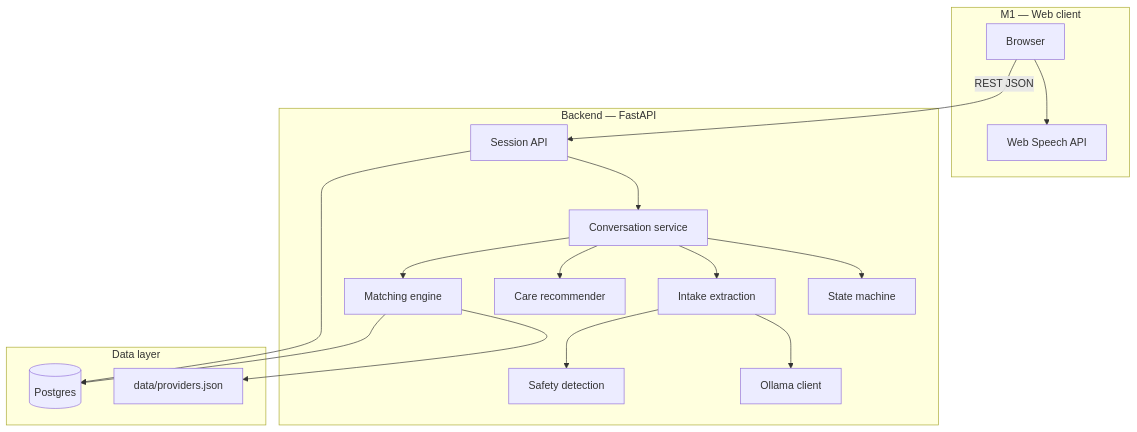
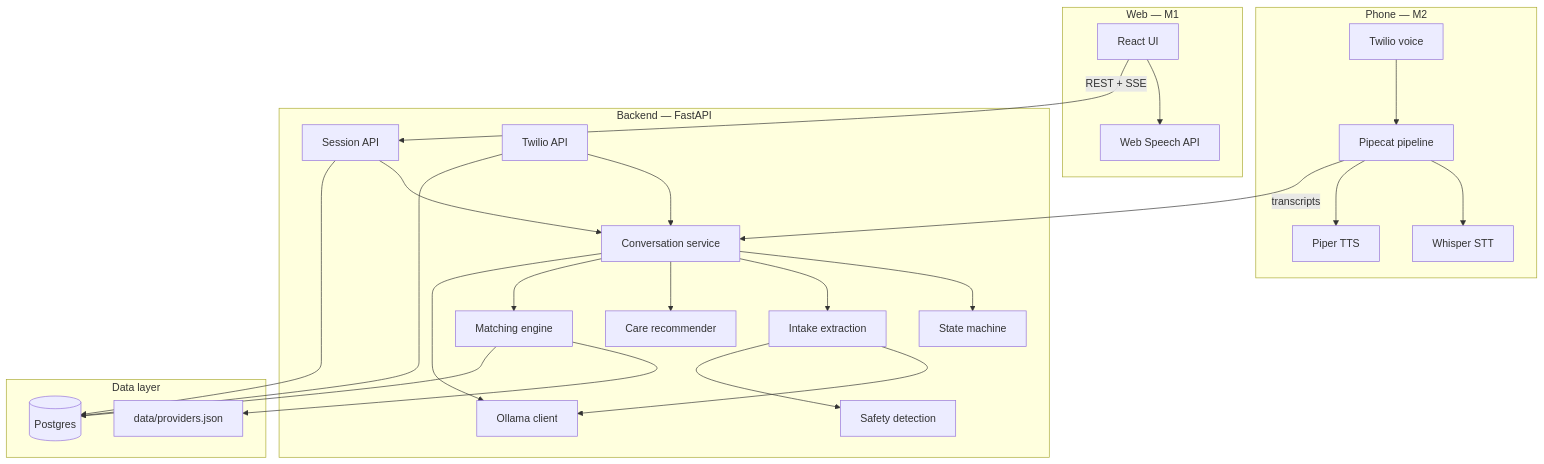
One commit to DouglasMacKrell/florence changed the first of 3 diagrams in docs/architecture.md. Above: the diagram before and after it, drawn with Mermaid. The commit also changed other lines of this file and 11 other files, not shown here.

````diff
--- a/docs/architecture.md
+++ b/docs/architecture.md
@@ -12,37 +12,52 @@
 ```mermaid
 flowchart TB
-    subgraph client [M1 — Web client]
-        Browser[Browser]
+    subgraph web [Web — M1]
+        Browser[React UI]
         WebSpeech[Web Speech API]
         Browser --> WebSpeech
     end
 
+    subgraph phone [Phone — M2]
+        Twilio[Twilio voice]
+        Pipecat[Pipecat pipeline]
+        Whisper[Whisper STT]
+        Piper[Piper TTS]
+        Twilio --> Pipecat
+        Pipecat --> Whisper
+        Pipecat --> Piper
+    end
+
     subgraph backend [Backend — FastAPI]
-        API[Session API]
+        SessionAPI[Session API]
+        TwilioAPI[Twilio API]
         Conv[Conversation service]
         SM[State machine]
         Extract[Intake extraction]
         Ollama[Ollama client]
         Rec[Care recommender]
         Match[Matching engine]
         Safety[Safety detection]
 
-        API --> Conv
+        SessionAPI --> Conv
+        TwilioAPI --> Conv
         Conv --> SM
         Conv --> Extract
         Extract --> Ollama
         Extract --> Safety
         Conv --> Rec
         Conv --> Match
     end
 
     subgraph data [Data layer]
         PG[(Postgres)]
         Seed[data/providers.json]
     end
 
-    Browser -->|REST JSON| API
-    API --> PG
+    Browser -->|REST + SSE| SessionAPI
+    Pipecat -->|transcripts| Conv
+    Conv --> Ollama
+    SessionAPI --> PG
+    TwilioAPI --> PG
     Match --> Seed
     Match --> PG
 ```
````
